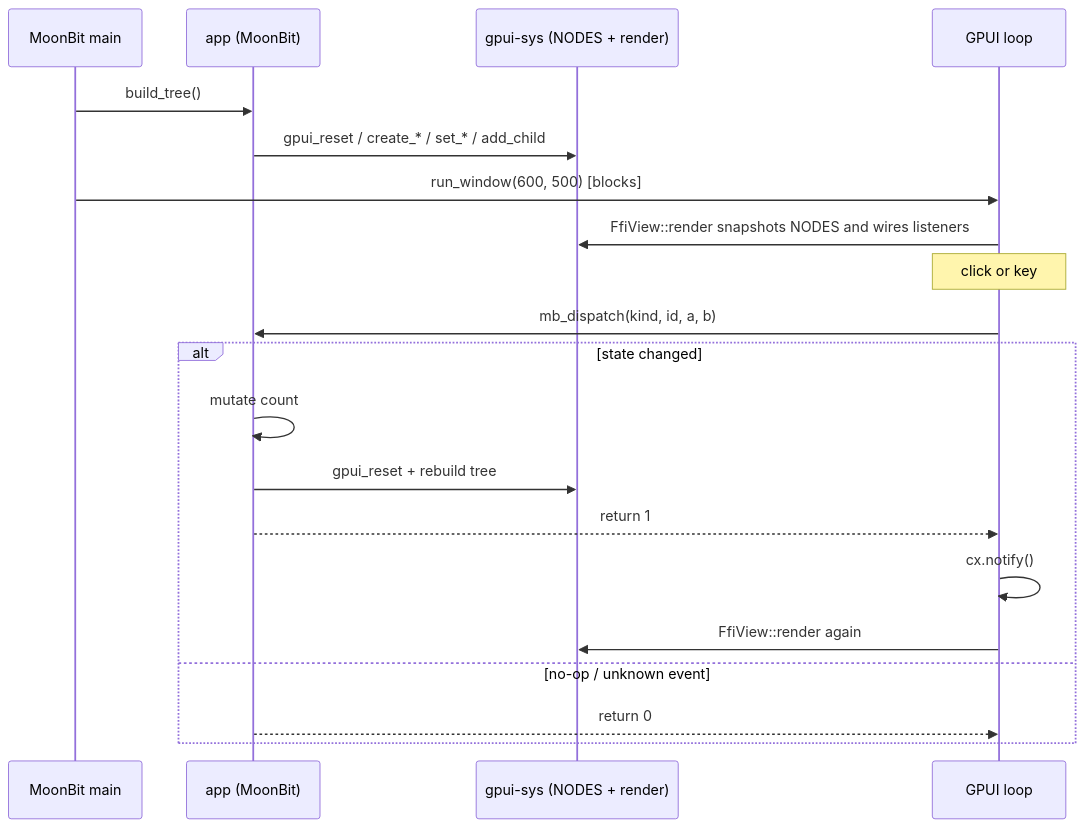
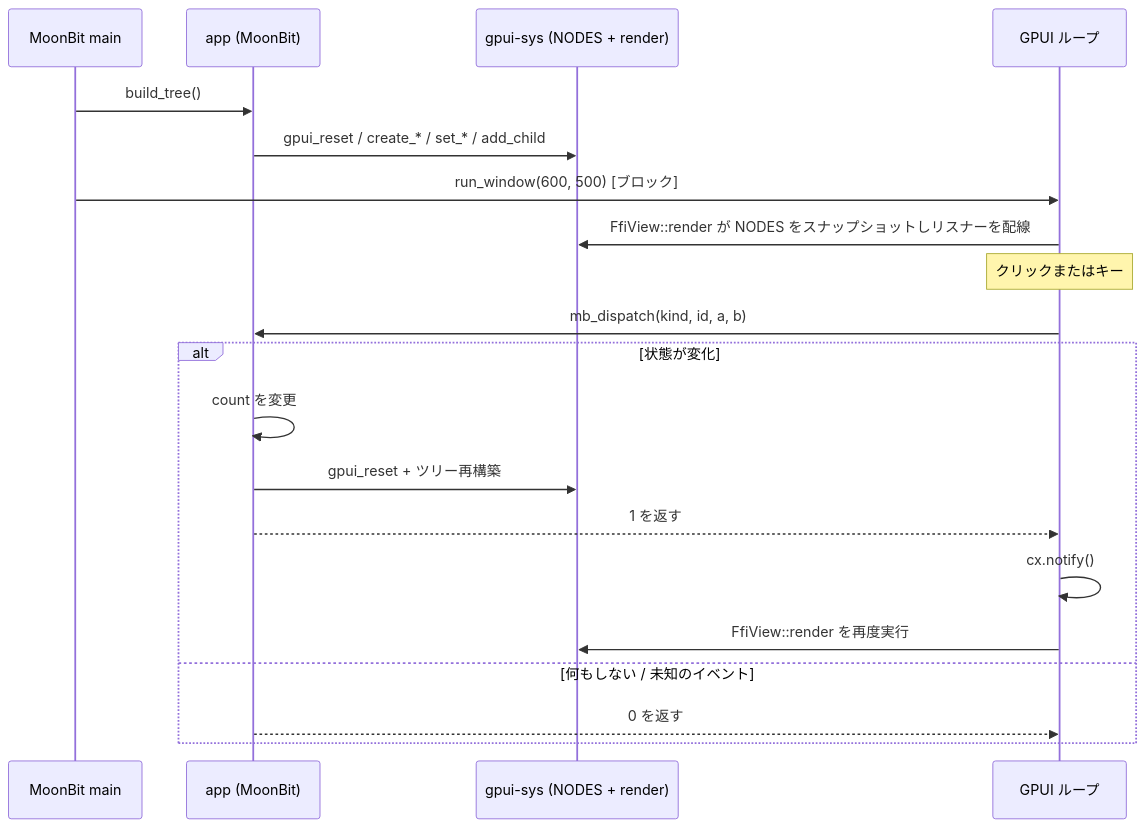
The diagram in docs/architecture.md (nakake/gpui-moonbit), drawn with Mermaid before and after one commit. The commit also changed other lines of this file, not shown here.

Commit message:
docs: translate architecture.md to Japanese

````diff
--- a/docs/architecture.md
+++ b/docs/architecture.md
@@ -82,22 +82,22 @@
 ```mermaid
 sequenceDiagram
   participant M as MoonBit main
   participant A as app (MoonBit)
   participant S as gpui-sys (NODES + render)
-  participant G as GPUI loop
+  participant G as GPUI ループ
   M->>A: build_tree()
   A->>S: gpui_reset / create_* / set_* / add_child
-  M->>G: run_window(600, 500) [blocks]
-  G->>S: FfiView::render snapshots NODES and wires listeners
-  Note over G: click or key
+  M->>G: run_window(600, 500) [ブロック]
+  G->>S: FfiView::render が NODES をスナップショットしリスナーを配線
+  Note over G: クリックまたはキー
   G->>A: mb_dispatch(kind, id, a, b)
-  alt state changed
-    A->>A: mutate count
-    A->>S: gpui_reset + rebuild tree
-    A-->>G: return 1
+  alt 状態が変化
+    A->>A: count を変更
+    A->>S: gpui_reset + ツリー再構築
+    A-->>G: 1 を返す
     G->>G: cx.notify()
-    G->>S: FfiView::render again
-  else no-op / unknown event
-    A-->>G: return 0
+    G->>S: FfiView::render を再度実行
+  else 何もしない / 未知のイベント
+    A-->>G: 0 を返す
   end
 ```
````
